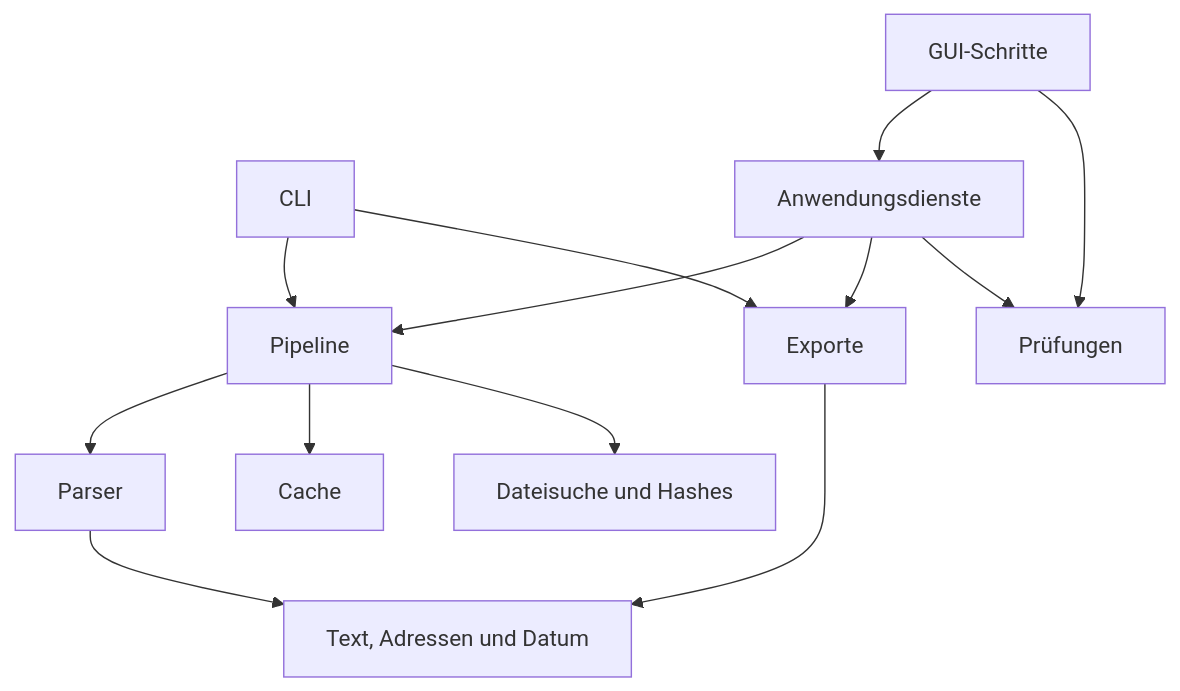
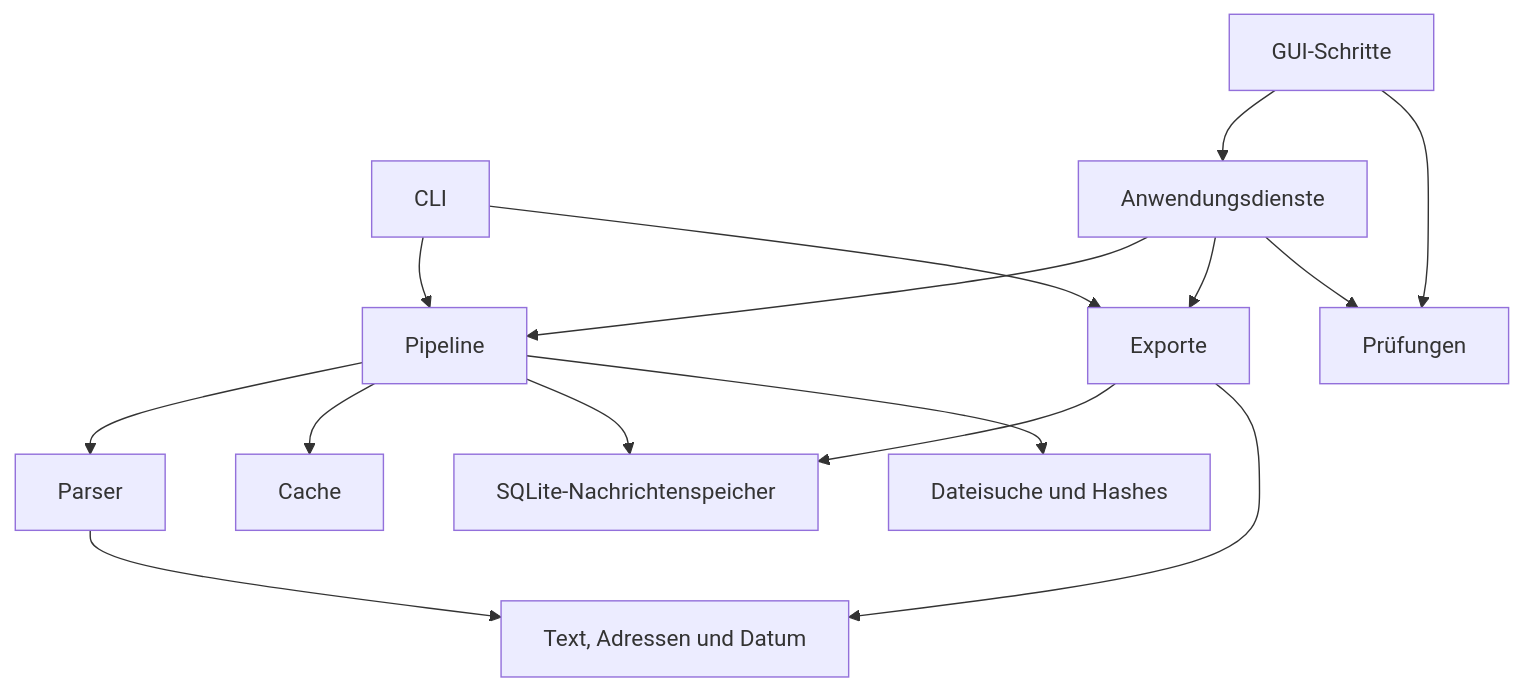
One commit to JanChrisLoew/MailAnalyst changed the diagram in docs/01_guides/ARCHITECTURE.md. Above: the diagram before and after it, drawn with Mermaid. The commit also changed other lines of this file and 74 other files, not shown here.

````diff
--- a/docs/01_guides/ARCHITECTURE.md
+++ b/docs/01_guides/ARCHITECTURE.md
@@ -40,15 +47,17 @@
 ```mermaid
 flowchart TD
     CLI[CLI] --> Pipeline[Pipeline]
     CLI --> Exports[Exporte]
     GUI[GUI-Schritte] --> Services[Anwendungsdienste]
     GUI --> Checks[Prüfungen]
     Services --> Pipeline
     Services --> Exports
     Services --> Checks
     Pipeline --> Parsing[Parser]
     Pipeline --> Cache[Cache]
+    Pipeline --> Store[SQLite-Nachrichtenspeicher]
+    Exports --> Store
     Pipeline --> Sources[Dateisuche und Hashes]
     Parsing --> Text[Text, Adressen und Datum]
     Exports --> Text
 ```
````
